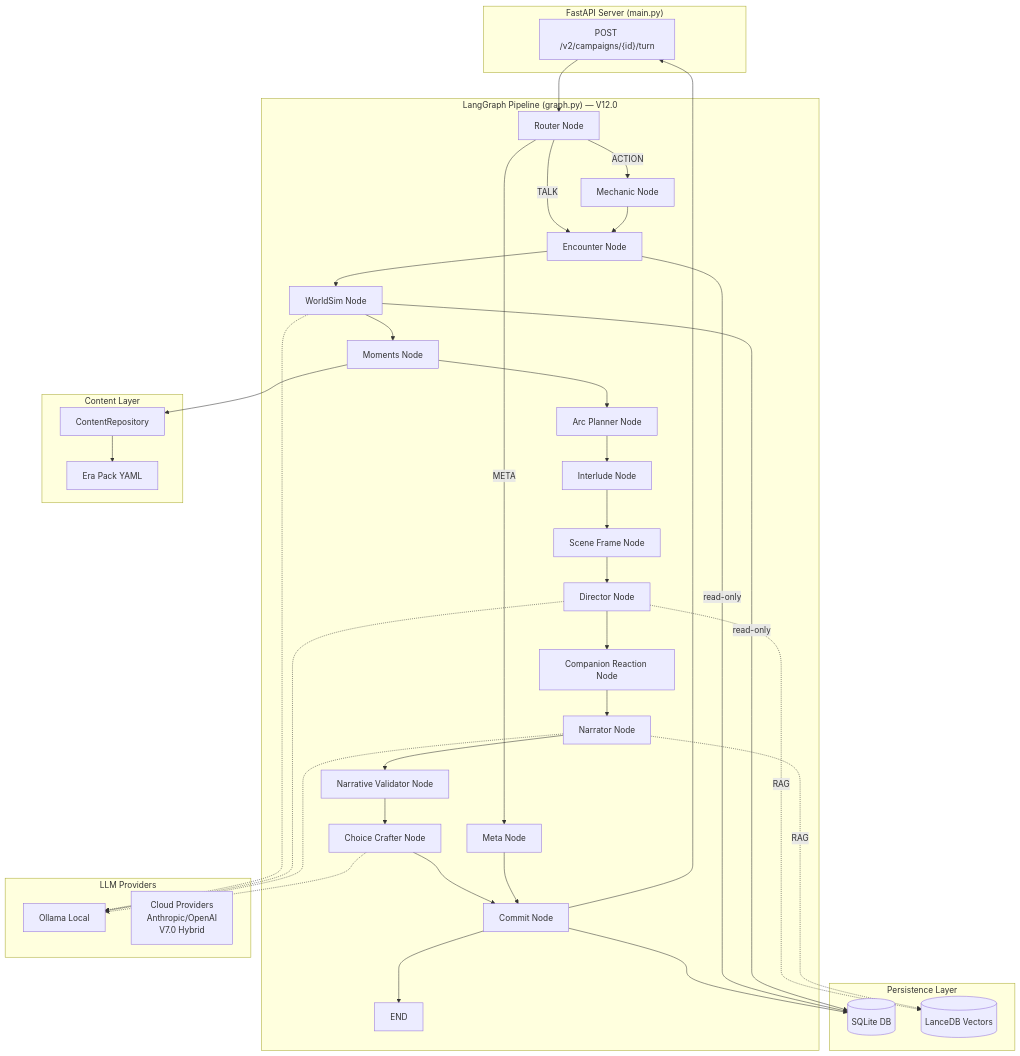
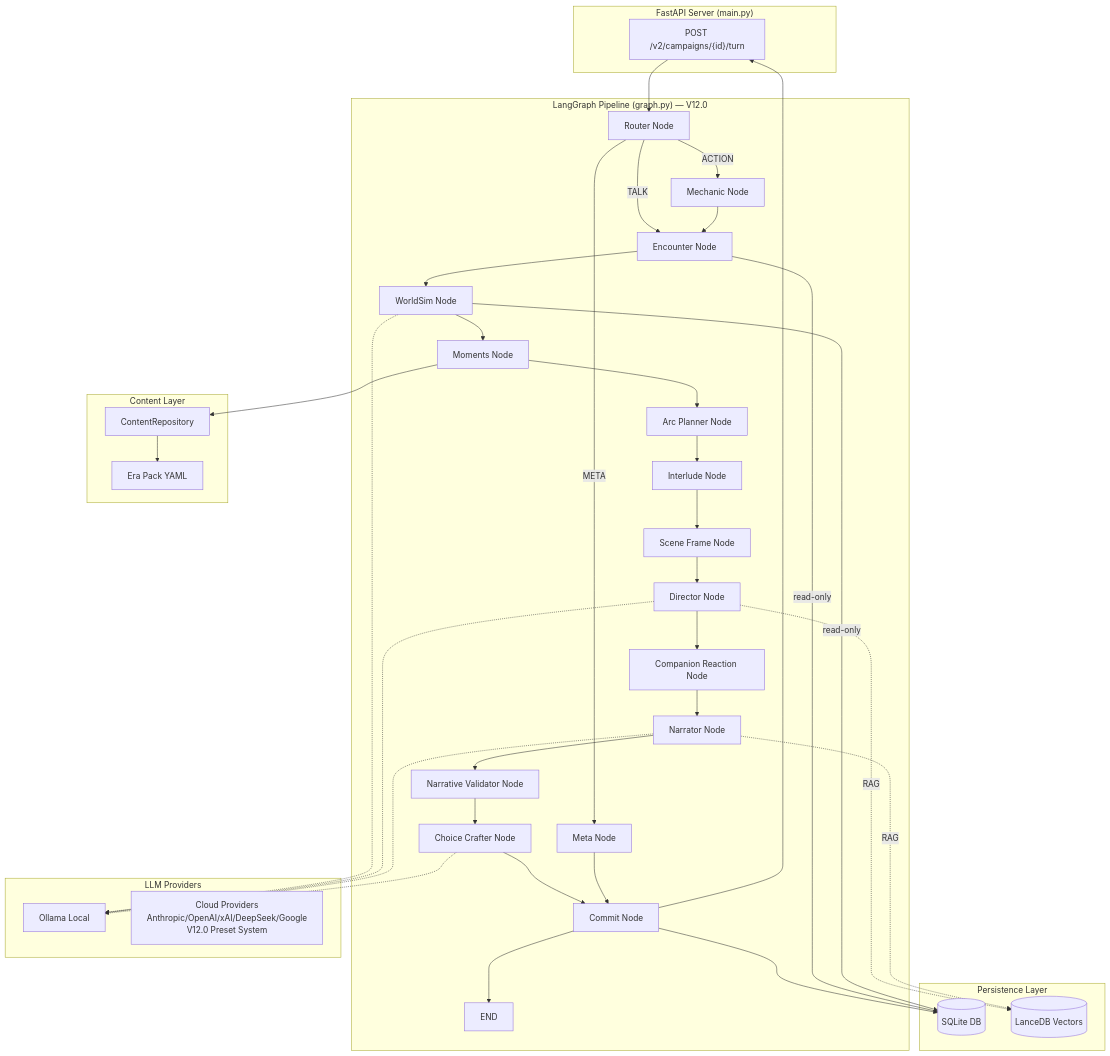
The diagram in docs/00_overview.md (DinomyteHero/Storyteller-V2), drawn with Mermaid before and after one commit. The commit also changed other lines of this file and 33 other files, not shown here.

First line of the commit message:
Enhance cloud provider integration and introduce DeepSeek preset

````diff
--- a/docs/00_overview.md
+++ b/docs/00_overview.md
@@ -80,55 +80,55 @@
 ```mermaid
 graph TD
     subgraph "FastAPI Server (main.py)"
         API["POST /v2/campaigns/{id}/turn"]
     end
 
     subgraph "LangGraph Pipeline (graph.py) — V12.0"
         R[Router Node] --> | META| META[Meta Node]
         R --> | TALK| ENC[Encounter Node]
         R --> | ACTION| MECH[Mechanic Node]
         MECH --> ENC
         ENC --> WS[WorldSim Node]
         WS --> MOM[Moments Node]
         MOM --> ARC[Arc Planner Node]
         ARC --> INT[Interlude Node]
         INT --> SF[Scene Frame Node]
         SF --> DIR[Director Node]
         DIR --> CR[Companion Reaction Node]
         CR --> NAR[Narrator Node]
         NAR --> VAL[Narrative Validator Node]
         VAL --> CC[Choice Crafter Node]
         CC --> COMMIT[Commit Node]
         META --> COMMIT
         COMMIT --> END_NODE[END]
     end
 
     subgraph "Persistence Layer"
         SQLite[(SQLite DB)]
         LanceDB[(LanceDB Vectors)]
     end
 
     subgraph "LLM Providers"
         Ollama[Ollama Local]
-        Cloud[Cloud Providers<br/>Anthropic/OpenAI<br/>V7.0 Hybrid]
+        Cloud[Cloud Providers<br/>Anthropic/OpenAI/xAI/DeepSeek/Google<br/>V12.0 Preset System]
     end
 
     subgraph "Content Layer"
         REPO[ContentRepository]
         EraPacks[Era Pack YAML]
     end
 
     API --> R
     COMMIT --> SQLite
     ENC --> | read-only| SQLite
     WS --> | read-only| SQLite
     MOM --> REPO
     REPO --> EraPacks
     DIR -.-> | RAG| LanceDB
     NAR -.-> | RAG| LanceDB
     WS -.-> Ollama
     DIR -.-> Ollama
     NAR -.-> Ollama
     CC -.-> Ollama
     COMMIT --> API
 ```
````
